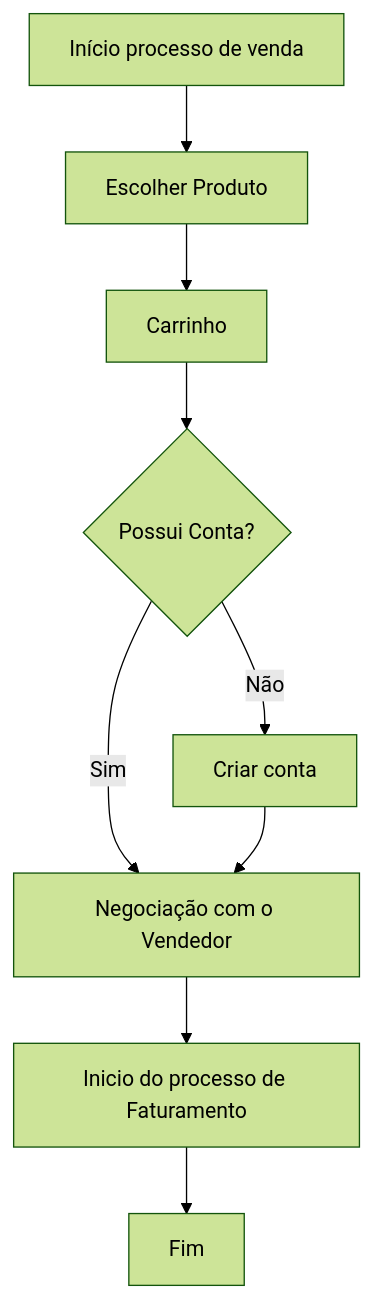
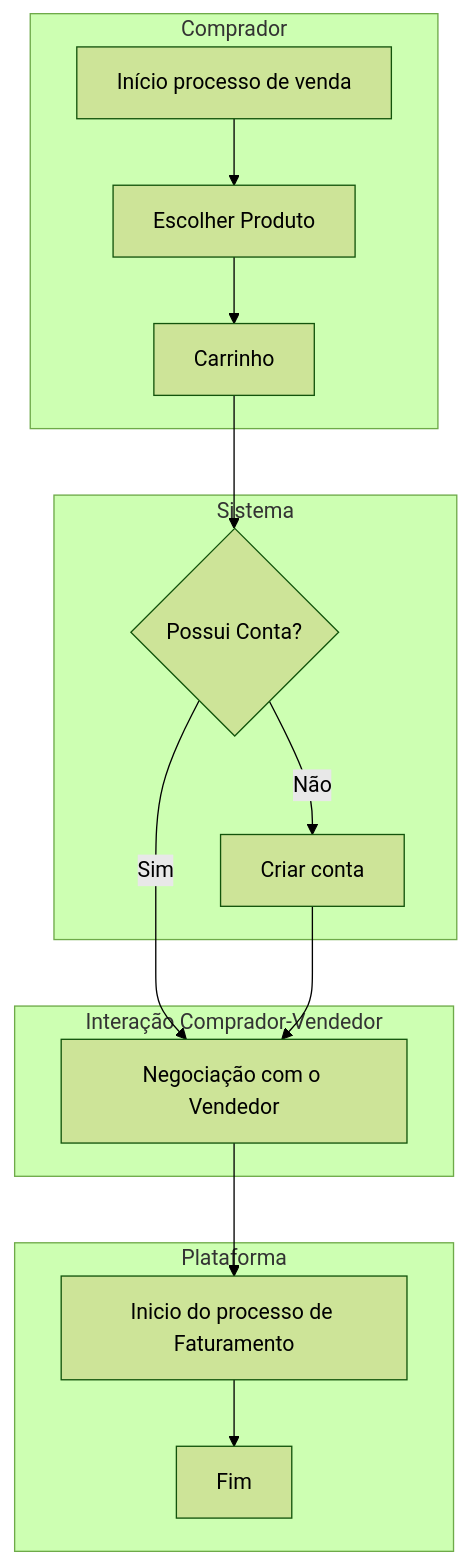
Before and after one commit to giovanni1351/EngenhariaDeSoftwareProjeto: the second of 7 diagrams in README.md, drawn with Mermaid (forest theme). The commit also changed other lines of this file, not shown here.

````diff
--- a/README.md
+++ b/README.md
@@ -102,12 +122,22 @@
 ```mermaid
 graph TD;
-
-    InicioVenda[Início processo de venda] --> EscolherProduto[Escolher Produto]
-    EscolherProduto --> Carrinho[Carrinho]
-    Carrinho --> VerificaExistenciaConta{Possui Conta?}
-    VerificaExistenciaConta -- Não --> Cadastrar[Criar conta]
-    VerificaExistenciaConta -- Sim --> Negociar[Negociação com o Vendedor]
-    Cadastrar --> Negociar
-    Negociar --> ProcessoFaturamento[Inicio do processo de Faturamento]
-    ProcessoFaturamento --> FimVenda[Fim]
+    subgraph Comprador["Comprador"]
+        InicioVenda[Início processo de venda] --> EscolherProduto[Escolher Produto]
+        EscolherProduto --> Carrinho[Carrinho]
+    end
+    
+    subgraph Sistema["Sistema"]
+        Carrinho --> VerificaExistenciaConta{Possui Conta?}
+        VerificaExistenciaConta -- Não --> Cadastrar[Criar conta]
+    end
+    
+    subgraph Interacao["Interação Comprador-Vendedor"]
+        VerificaExistenciaConta -- Sim --> Negociar[Negociação com o Vendedor]
+        Cadastrar --> Negociar
+    end
+    
+    subgraph Plataforma["Plataforma"]
+        Negociar --> ProcessoFaturamento[Inicio do processo de Faturamento]
+        ProcessoFaturamento --> FimVenda[Fim]
+    end
 ```
````
